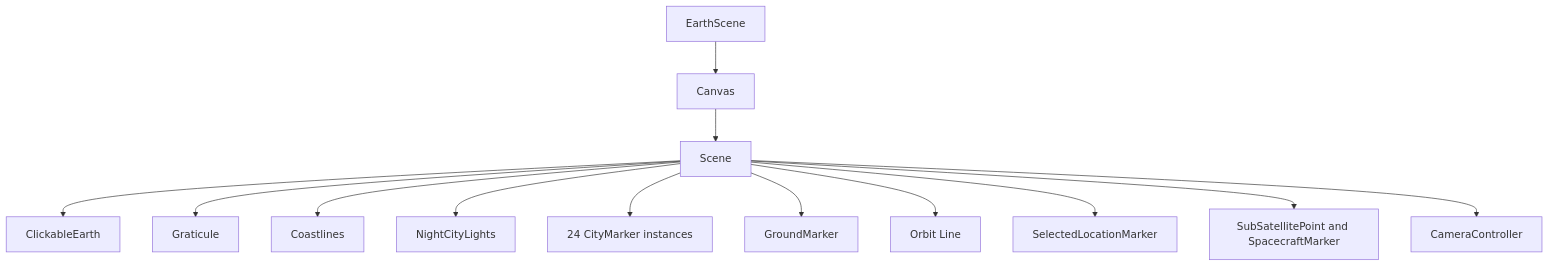
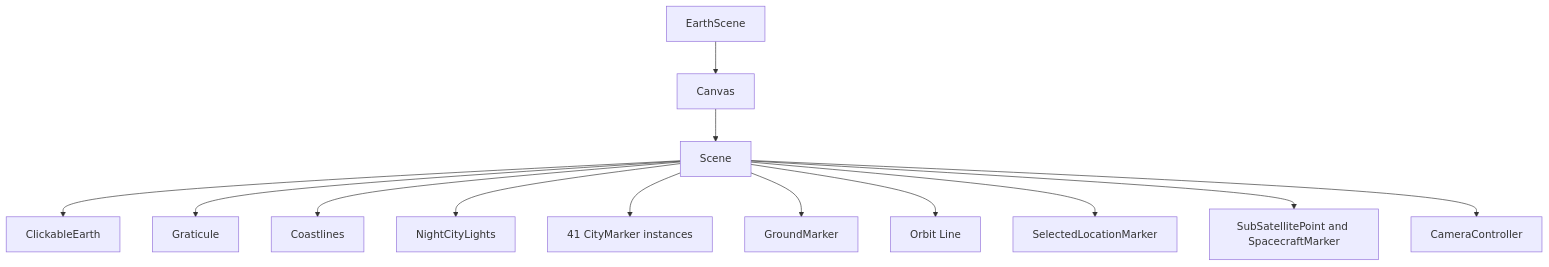
One commit to YorkTechServices/yts-orbital changed the diagram in docs/06-3d-earth-visualization.md. Above: the diagram before and after it, drawn with Mermaid. The commit also changed other lines of this file and 21 other files, not shown here.

````diff
--- a/docs/06-3d-earth-visualization.md
+++ b/docs/06-3d-earth-visualization.md
@@ -19,15 +19,15 @@
 ```mermaid
 flowchart TB
     ES[EarthScene] --> C[Canvas]
     C --> S[Scene]
     S --> CE[ClickableEarth]
     S --> GR[Graticule]
     S --> CO[Coastlines]
     S --> NL[NightCityLights]
-    S --> MC[24 CityMarker instances]
+    S --> MC[41 CityMarker instances]
     S --> GM[GroundMarker]
     S --> OL[Orbit Line]
     S --> SL[SelectedLocationMarker]
     S --> SP[SubSatellitePoint and SpacecraftMarker]
     S --> CC[CameraController]
 ```
````
